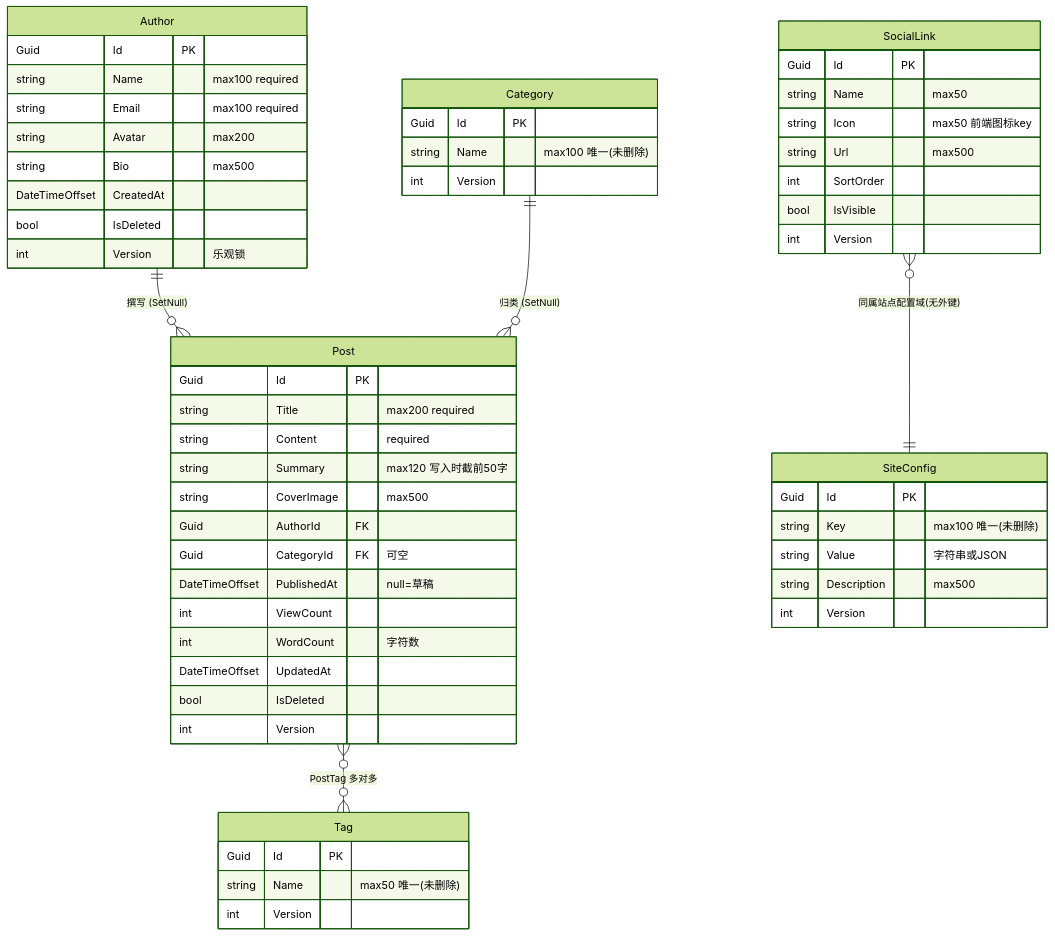
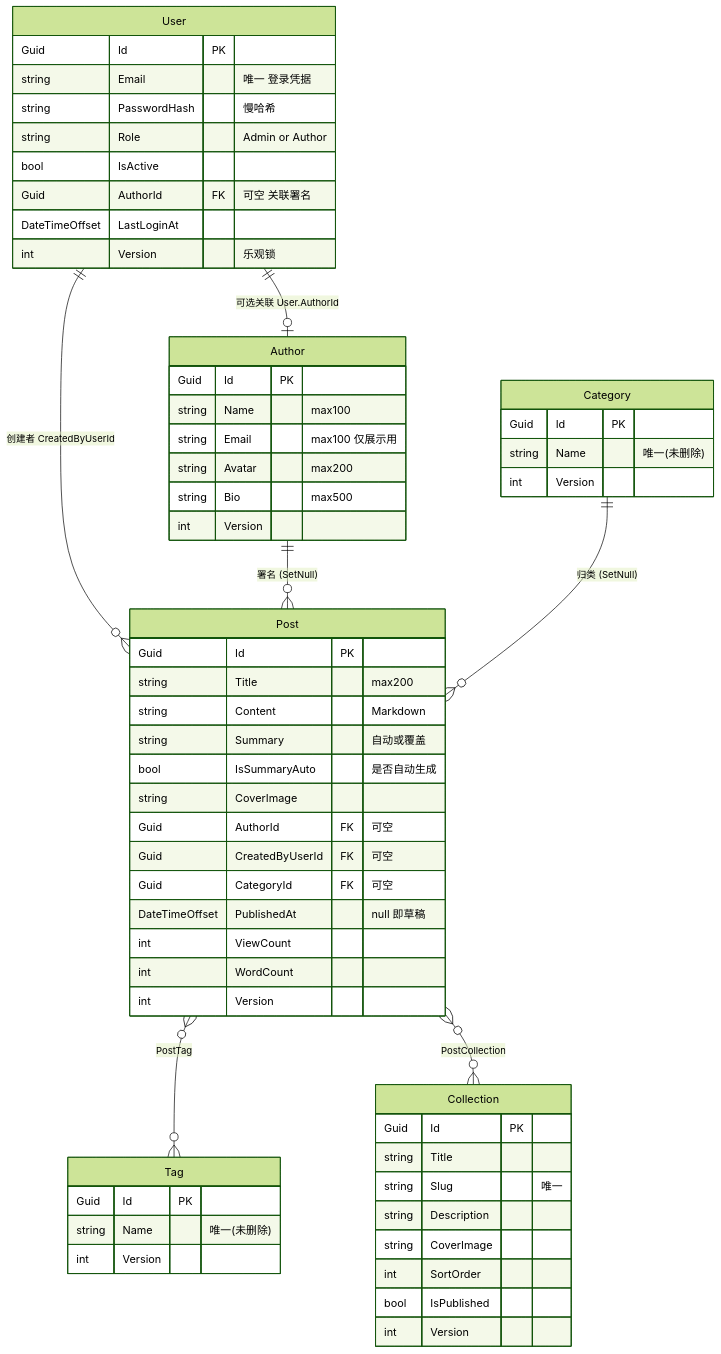
One commit to whyitsy/blog-CI-CD changed the tenth of 12 diagrams in docs/business.md. Above: the diagram before and after it, drawn with Mermaid (forest theme). The commit also changed other lines of this file and 12 other files, not shown here.

````diff
--- a/docs/business.md
+++ b/docs/business.md
@@ -248,59 +434,63 @@
 ```mermaid
 erDiagram
-  Author ||--o{ Post : "撰写 (SetNull)"
+  User ||--o| Author : "可选关联 User.AuthorId"
+  User ||--o{ Post : "创建者 CreatedByUserId"
+  Author ||--o{ Post : "署名 (SetNull)"
   Category ||--o{ Post : "归类 (SetNull)"
-  Post }o--o{ Tag : "PostTag 多对多"
-  SocialLink }o--|| SiteConfig : "同属站点配置域(无外键)"
+  Post }o--o{ Tag : "PostTag"
+  Post }o--o{ Collection : "PostCollection"
 
+  User {
+    Guid Id PK
+    string Email "唯一 登录凭据"
+    string PasswordHash "慢哈希"
+    string Role "Admin or Author"
+    bool IsActive
+    Guid AuthorId FK "可空 关联署名"
+    DateTimeOffset LastLoginAt
+    int Version "乐观锁"
+  }
   Author {
     Guid Id PK
-    string Name "max100 required"
-    string Email "max100 required"
+    string Name "max100"
+    string Email "max100 仅展示用"
     string Avatar "max200"
     string Bio "max500"
-    DateTimeOffset CreatedAt
-    bool IsDeleted
-    int Version "乐观锁"
+    int Version
   }
   Post {
     Guid Id PK
-    string Title "max200 required"
-    string Content "required"
-    string Summary "max120 写入时截前50字"
-    string CoverImage "max500"
-    Guid AuthorId FK
+    string Title "max200"
+    string Content "Markdown"
+    string Summary "自动或覆盖"
+    bool IsSummaryAuto "是否自动生成"
+    string CoverImage
+    Guid AuthorId FK "可空"
+    Guid CreatedByUserId FK "可空"
     Guid CategoryId FK "可空"
-    DateTimeOffset PublishedAt "null=草稿"
+    DateTimeOffset PublishedAt "null 即草稿"
     int ViewCount
-    int WordCount "字符数"
-    DateTimeOffset UpdatedAt
-    bool IsDeleted
+    int WordCount
+    int Version
+  }
+  Collection {
+    Guid Id PK
+    string Title
+    string Slug "唯一"
+    string Description
+    string CoverImage
+    int SortOrder
+    bool IsPublished
     int Version
   }
   Category {
     Guid Id PK
-    string Name "max100 唯一(未删除)"
+    string Name "唯一(未删除)"
     int Version
   }
   Tag {
     Guid Id PK
-    string Name "max50 唯一(未删除)"
-    int Version
-  }
-  SiteConfig {
-    Guid Id PK
-    string Key "max100 唯一(未删除)"
-    string Value "字符串或JSON"
-    string Description "max500"
-    int Version
-  }
-  SocialLink {
-    Guid Id PK
-    string Name "max50"
-    string Icon "max50 前端图标key"
-    string Url "max500"
-    int SortOrder
-    bool IsVisible
+    string Name "唯一(未删除)"
     int Version
   }
 ```
````
